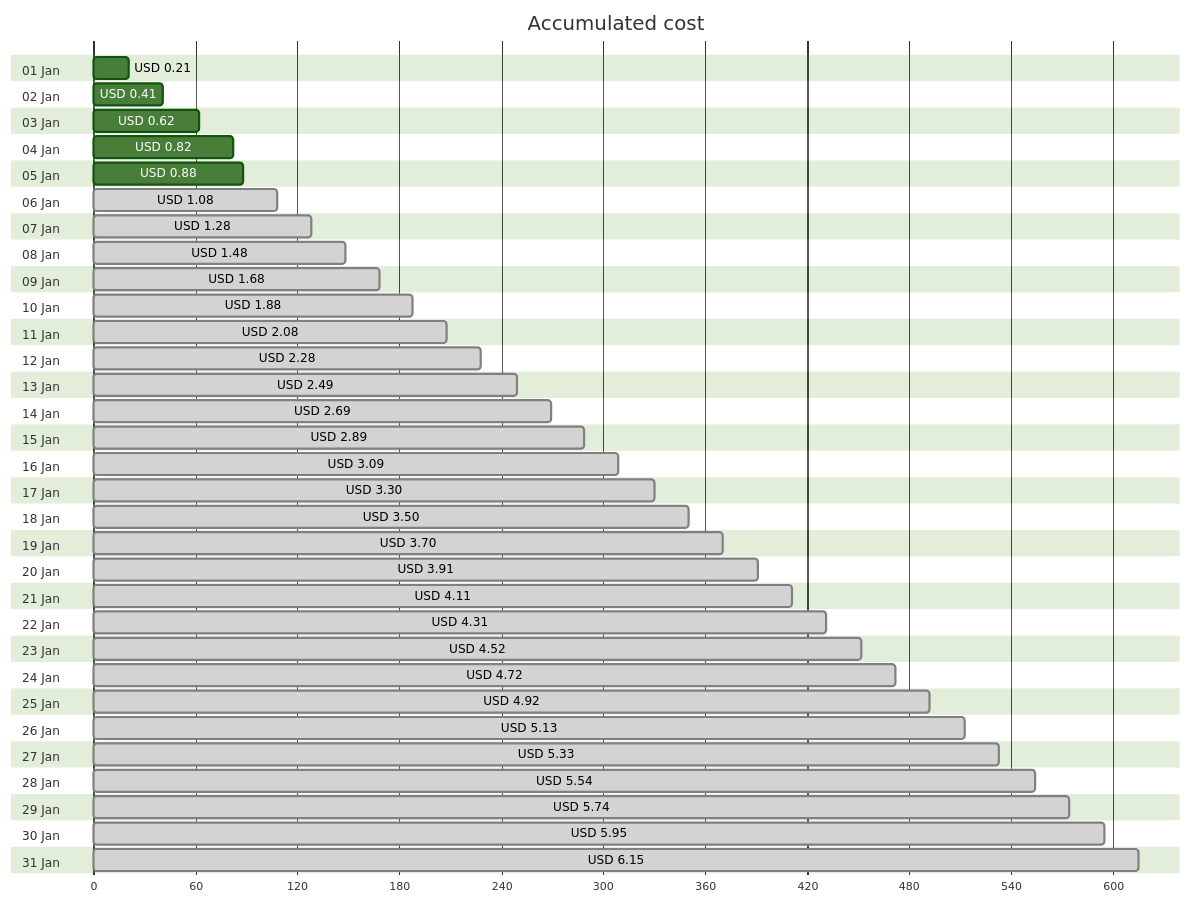
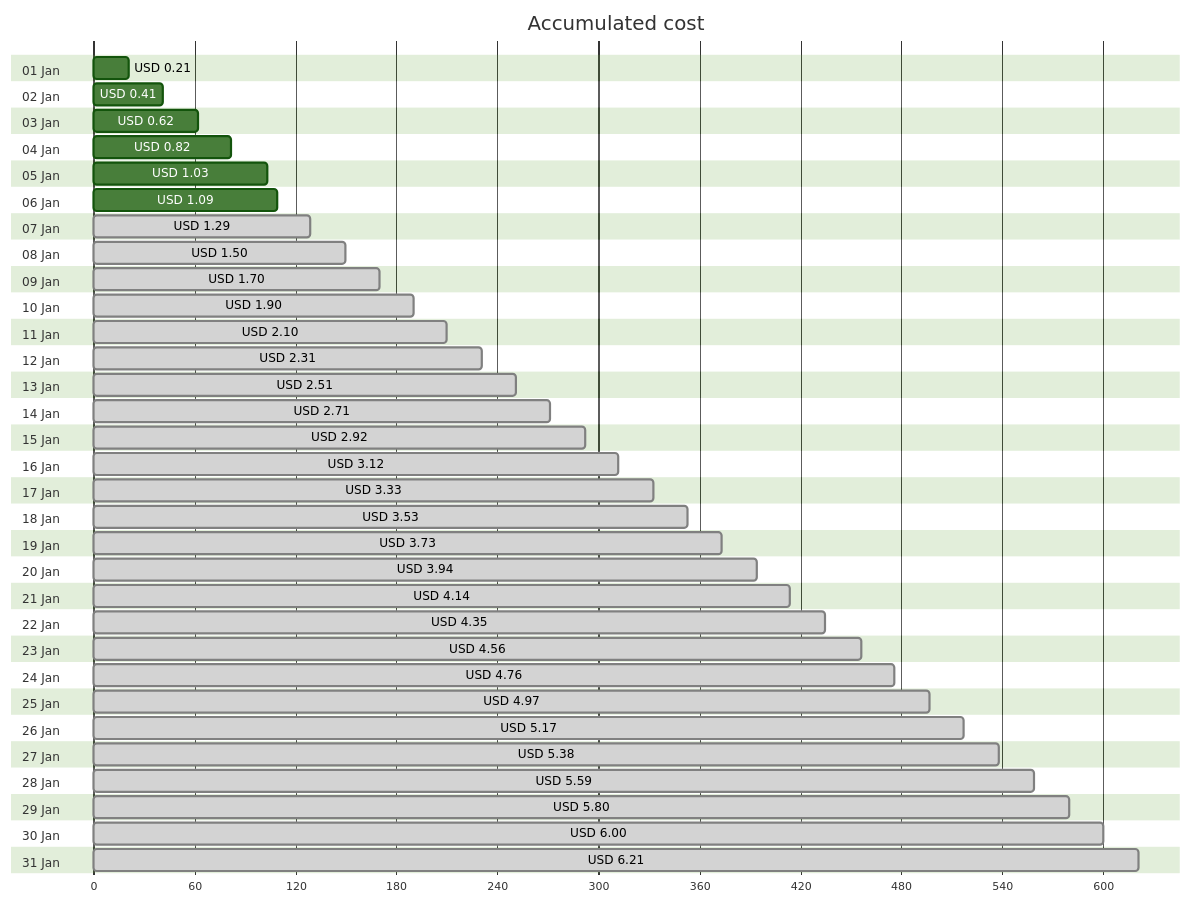
The first of 4 diagrams in cost-reports/personal-network/backup-server.md (jpfulton/azure-personal-reports), drawn with Mermaid (forest theme) before and after one commit. The commit also changed other lines of this file and 8 other files, not shown here.

````diff
--- a/cost-reports/personal-network/backup-server.md
+++ b/cost-reports/personal-network/backup-server.md
@@ -20,68 +20,68 @@
 ```mermaid
 gantt
    title Accumulated cost
    dateFormat  X
    axisFormat %s
    section 01 Jan
    USD 0.21 :0, 21
    section 02 Jan
    USD 0.41 :0, 41
    section 03 Jan
    USD 0.62 :0, 62
    section 04 Jan
    USD 0.82 :0, 82
    section 05 Jan
-   USD 0.88 :0, 88
+   USD 1.03 :0, 103
    section 06 Jan
-   USD 1.08 : done, 0, 108
+   USD 1.09 :0, 109
    section 07 Jan
-   USD 1.28 : done, 0, 128
+   USD 1.29 : done, 0, 129
    section 08 Jan
-   USD 1.48 : done, 0, 148
+   USD 1.50 : done, 0, 150
    section 09 Jan
-   USD 1.68 : done, 0, 168
+   USD 1.70 : done, 0, 170
    section 10 Jan
-   USD 1.88 : done, 0, 188
+   USD 1.90 : done, 0, 190
    section 11 Jan
-   USD 2.08 : done, 0, 208
+   USD 2.10 : done, 0, 210
    section 12 Jan
-   USD 2.28 : done, 0, 228
+   USD 2.31 : done, 0, 231
    section 13 Jan
-   USD 2.49 : done, 0, 249
+   USD 2.51 : done, 0, 251
    section 14 Jan
-   USD 2.69 : done, 0, 269
+   USD 2.71 : done, 0, 271
    section 15 Jan
-   USD 2.89 : done, 0, 289
+   USD 2.92 : done, 0, 292
    section 16 Jan
-   USD 3.09 : done, 0, 309
+   USD 3.12 : done, 0, 312
    section 17 Jan
-   USD 3.30 : done, 0, 330
+   USD 3.33 : done, 0, 333
    section 18 Jan
-   USD 3.50 : done, 0, 350
+   USD 3.53 : done, 0, 353
    section 19 Jan
-   USD 3.70 : done, 0, 370
+   USD 3.73 : done, 0, 373
    section 20 Jan
-   USD 3.91 : done, 0, 391
+   USD 3.94 : done, 0, 394
    section 21 Jan
-   USD 4.11 : done, 0, 411
+   USD 4.14 : done, 0, 414
    section 22 Jan
-   USD 4.31 : done, 0, 431
+   USD 4.35 : done, 0, 435
    section 23 Jan
-   USD 4.52 : done, 0, 452
+   USD 4.56 : done, 0, 456
    section 24 Jan
-   USD 4.72 : done, 0, 472
+   USD 4.76 : done, 0, 476
    section 25 Jan
-   USD 4.92 : done, 0, 492
+   USD 4.97 : done, 0, 497
    section 26 Jan
-   USD 5.13 : done, 0, 513
+   USD 5.17 : done, 0, 517
    section 27 Jan
-   USD 5.33 : done, 0, 533
+   USD 5.38 : done, 0, 538
    section 28 Jan
-   USD 5.54 : done, 0, 554
+   USD 5.59 : done, 0, 559
    section 29 Jan
-   USD 5.74 : done, 0, 574
+   USD 5.80 : done, 0, 580
    section 30 Jan
-   USD 5.95 : done, 0, 595
+   USD 6.00 : done, 0, 600
    section 31 Jan
-   USD 6.15 : done, 0, 615
+   USD 6.21 : done, 0, 621
 ```
````
